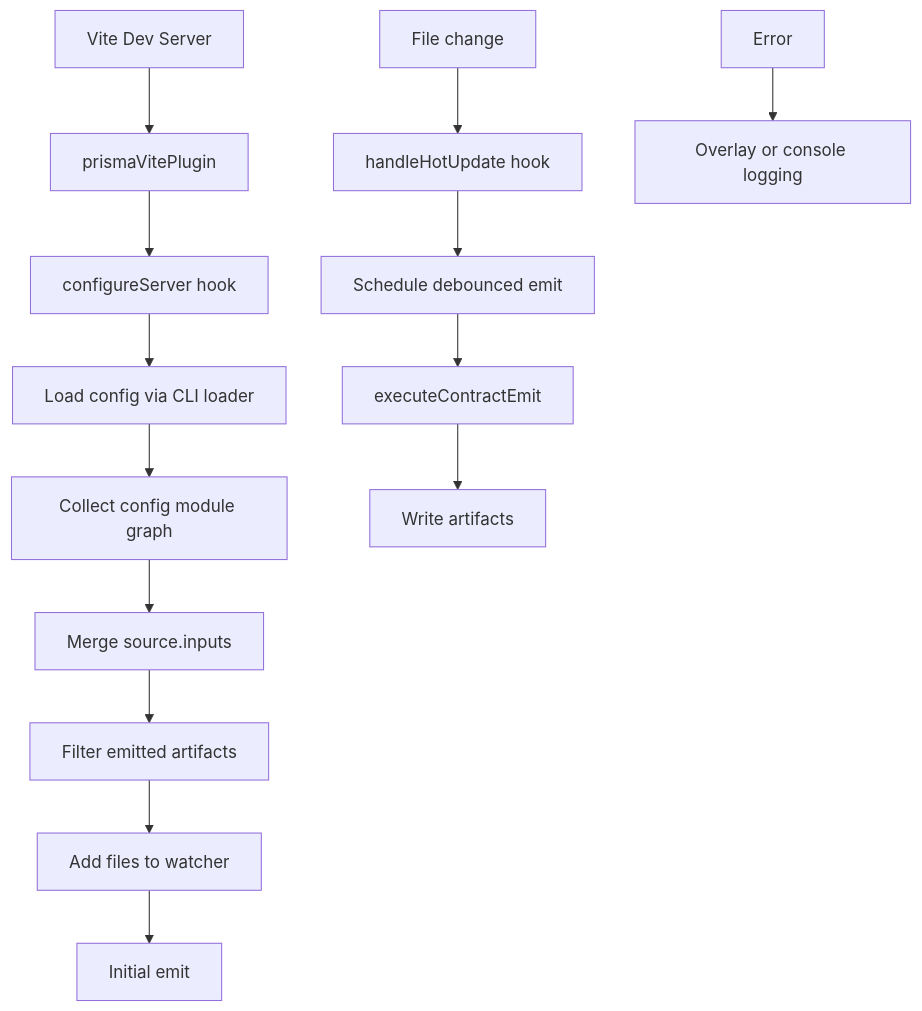
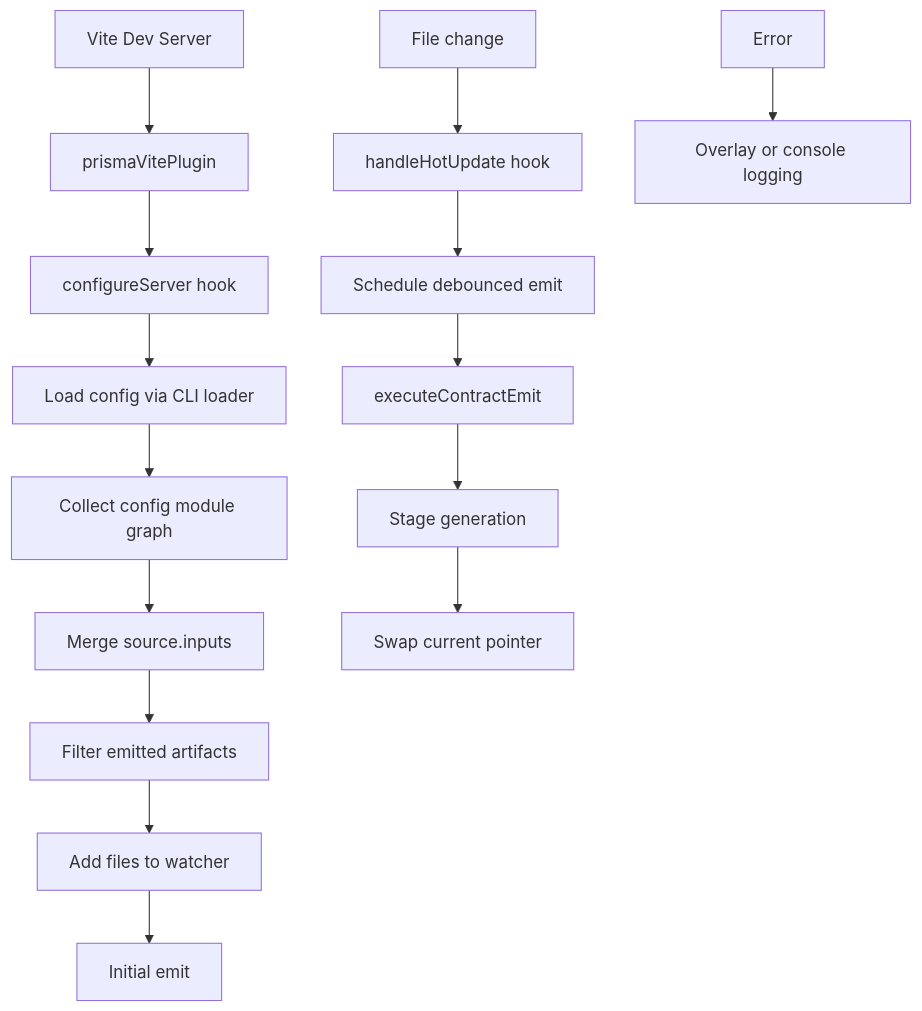
The diagram in packages/1-framework/3-tooling/vite-plugin-contract-emit/README.md (prisma/prisma-next), drawn with Mermaid before and after one commit. The commit also changed other lines of this file and 2 other files, not shown here.

````diff
--- a/packages/1-framework/3-tooling/vite-plugin-contract-emit/README.md
+++ b/packages/1-framework/3-tooling/vite-plugin-contract-emit/README.md
@@ -75,18 +77,19 @@
 ```mermaid
 graph TD
     A[Vite Dev Server] --> B[prismaVitePlugin]
     B --> C[configureServer hook]
     C --> D[Load config via CLI loader]
     D --> E[Collect config module graph]
     E --> F[Merge source.inputs]
     F --> G[Filter emitted artifacts]
     G --> H[Add files to watcher]
     H --> I[Initial emit]
     
     J[File change] --> K[handleHotUpdate hook]
     K --> L[Schedule debounced emit]
     L --> M[executeContractEmit]
-    M --> N[Write artifacts]
-    
+    M --> N[Stage generation]
+    N --> O[Swap current pointer]
+
     P[Error] --> Q[Overlay or console logging]
 ```
````
